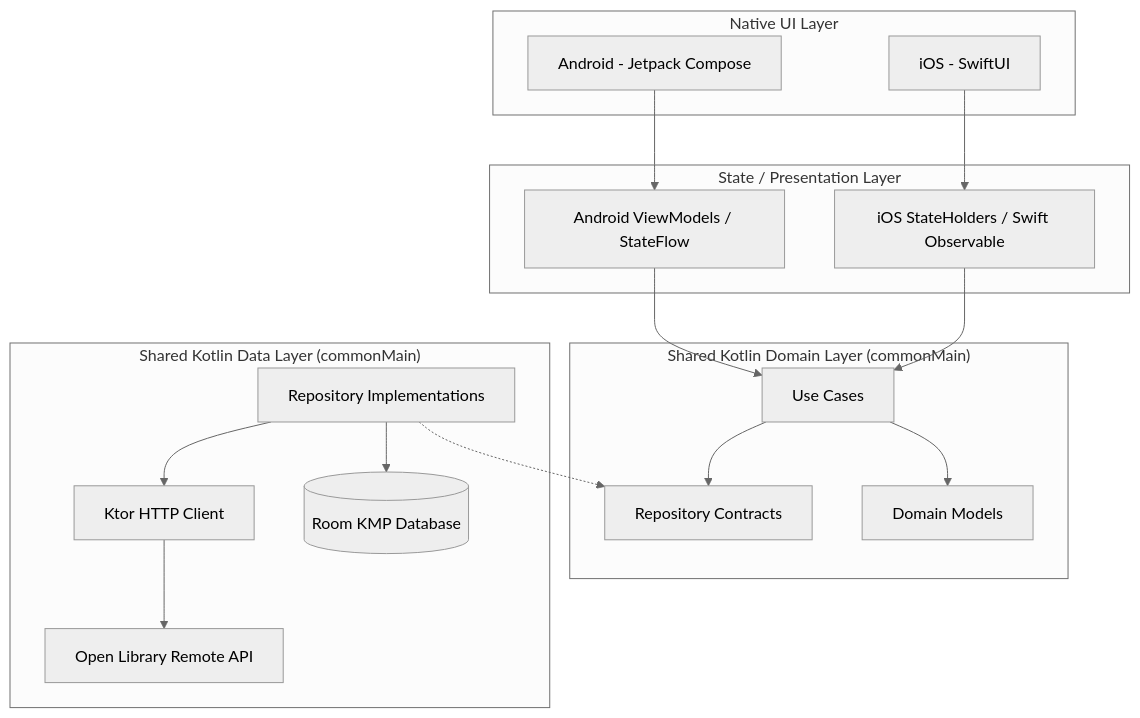
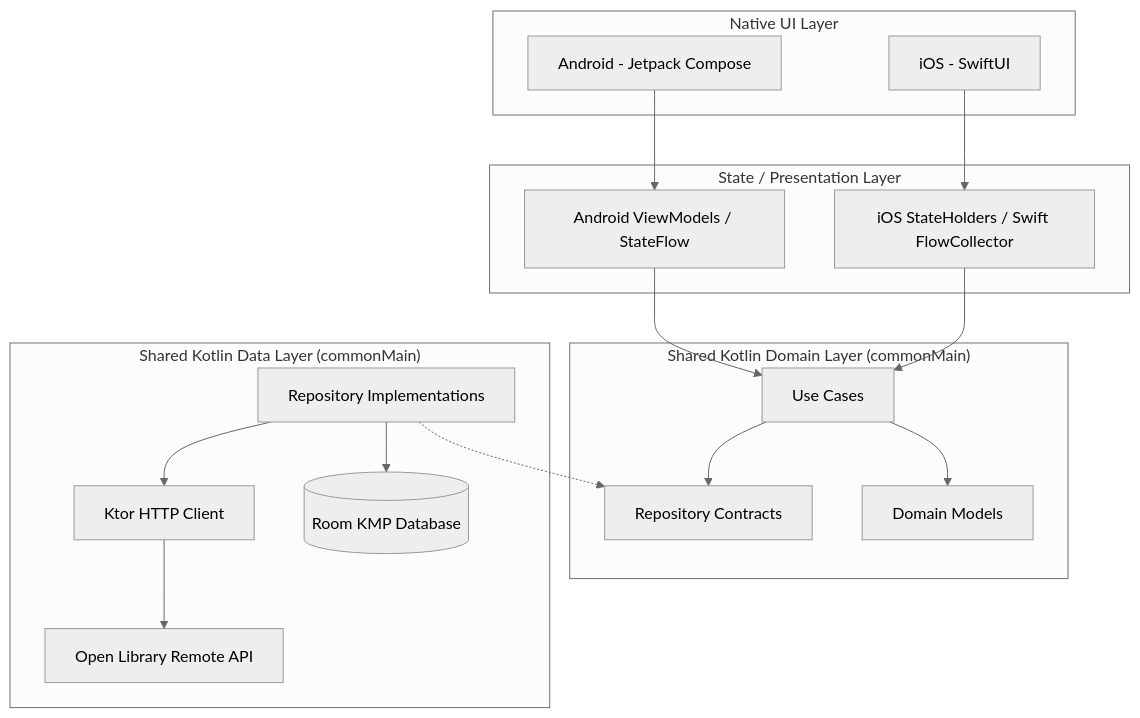
Before and after one commit to imrankhalid001/Shelf: the diagram in README.md, drawn with Mermaid (neutral theme). The commit also changed other lines of this file and 28 other files, not shown here.

````diff
--- a/README.md
+++ b/README.md
@@ -47,36 +46,36 @@
 ```mermaid
 graph TD
     subgraph "Native UI Layer"
         AC["Android - Jetpack Compose"]
         IS["iOS - SwiftUI"]
     end
 
     subgraph "State / Presentation Layer"
         AVM["Android ViewModels / StateFlow"]
-        ISH["iOS StateHolders / Swift Observable"]
+        ISH["iOS StateHolders / Swift FlowCollector"]
     end
 
     subgraph "Shared Kotlin Domain Layer (commonMain)"
         UC["Use Cases"]
         DM["Domain Models"]
         RC["Repository Contracts"]
     end
 
     subgraph "Shared Kotlin Data Layer (commonMain)"
         RI["Repository Implementations"]
         RMDB[("Room KMP Database")]
         KTOR["Ktor HTTP Client"]
         OLAPI["Open Library Remote API"]
     end
 
     AC --> AVM
     IS --> ISH
     AVM --> UC
     ISH --> UC
     UC --> DM
     UC --> RC
     RI -.-> RC
     RI --> RMDB
     RI --> KTOR
     KTOR --> OLAPI
 ```
````
